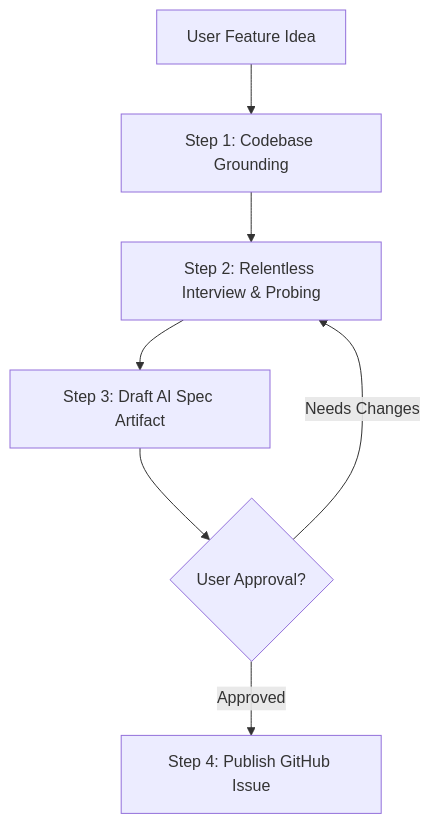
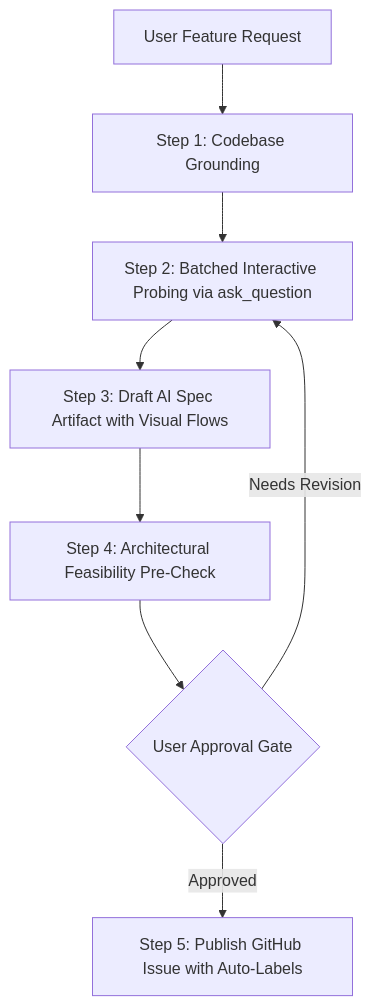
The diagram in software/write-github-story/SKILL.md (premkumar-masilamani/skills), drawn with Mermaid before and after one commit. The commit also changed other lines of this file and 27 other files, not shown here.

````diff
--- a/software/write-github-story/SKILL.md
+++ b/software/write-github-story/SKILL.md
@@ -16,9 +16,10 @@
 ```mermaid
 flowchart TD
-    A[User Feature Idea] --> B[Step 1: Codebase Grounding]
-    B --> C[Step 2: Relentless Interview & Probing]
-    C --> D[Step 3: Draft AI Spec Artifact]
-    D --> E{User Approval?}
-    E -- Needs Changes --> C
-    E -- Approved --> F[Step 4: Publish GitHub Issue]
+    A[User Feature Request] --> B[Step 1: Codebase Grounding]
+    B --> C[Step 2: Batched Interactive Probing via ask_question]
+    C --> D[Step 3: Draft AI Spec Artifact with Visual Flows]
+    D --> E[Step 4: Architectural Feasibility Pre-Check]
+    E --> F{User Approval Gate}
+    F -- Needs Revision --> C
+    F -- Approved --> G[Step 5: Publish GitHub Issue with Auto-Labels]
 ```
````
